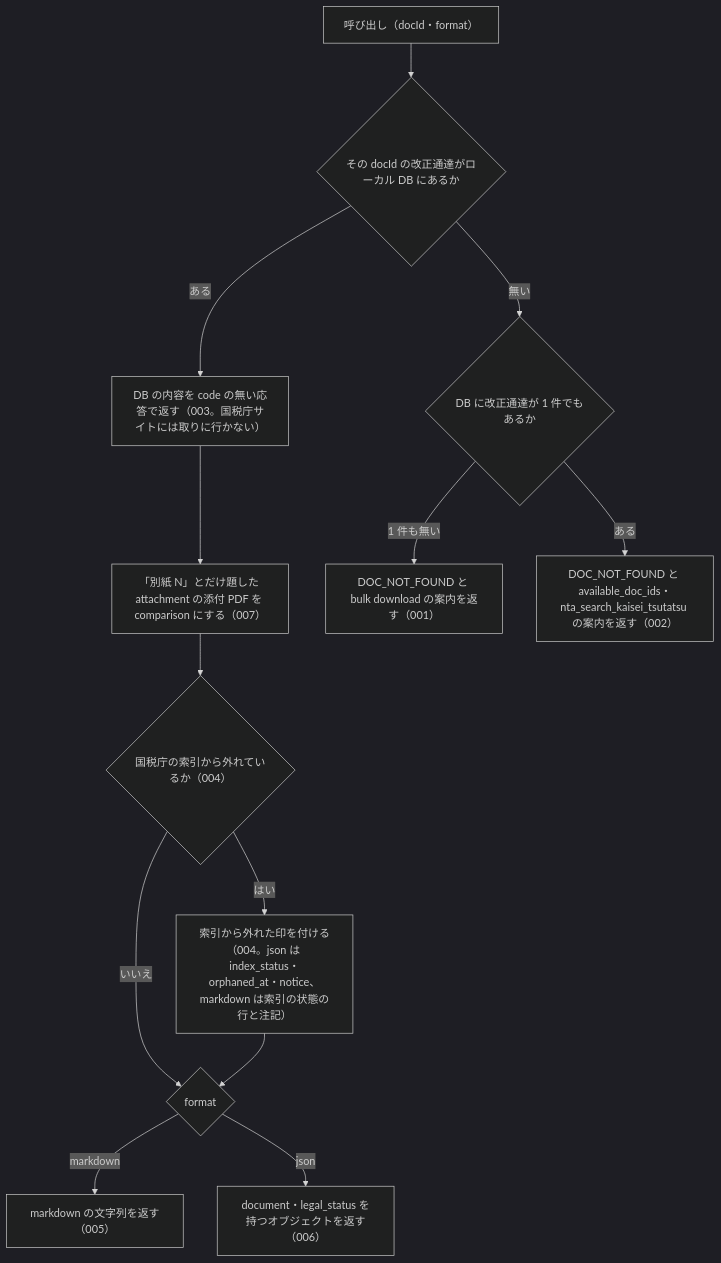
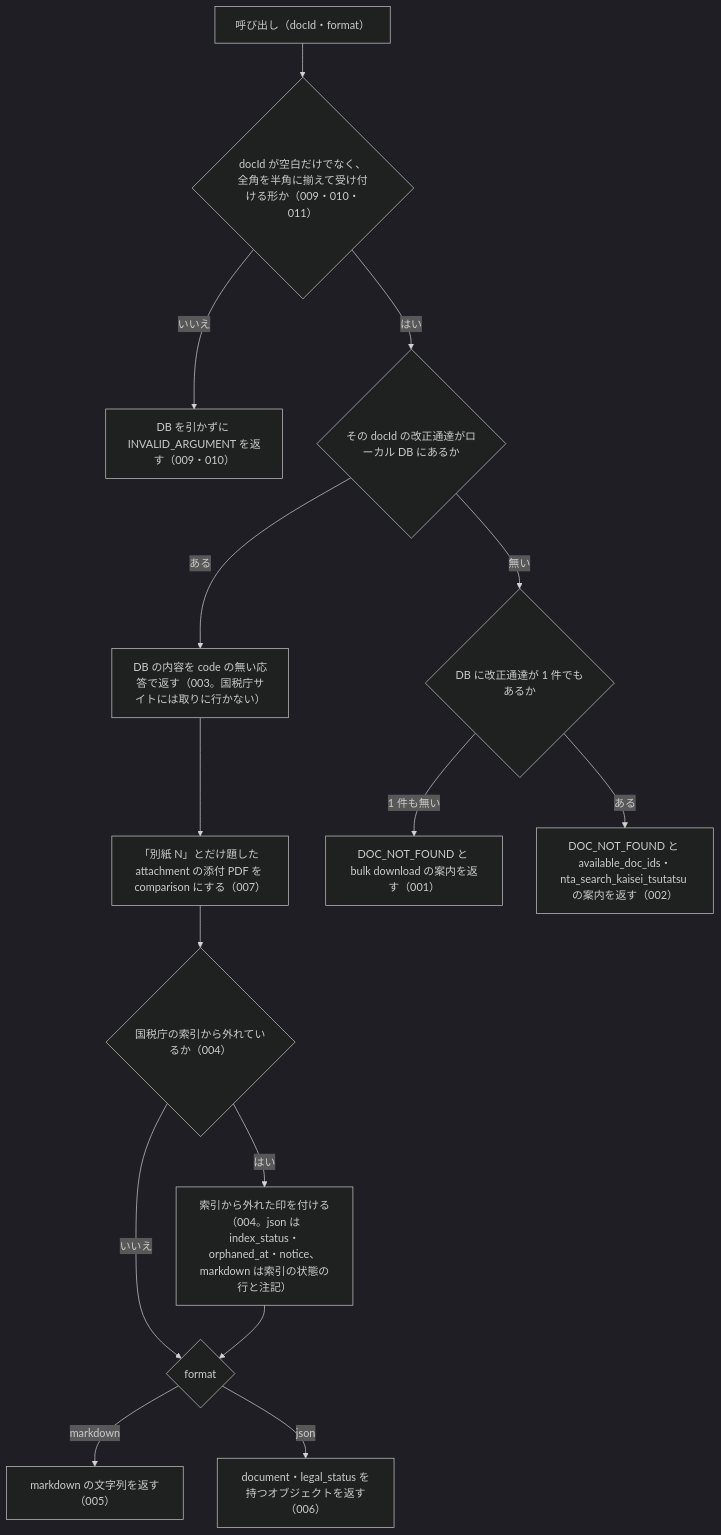
Before and after one commit to shuji-bonji/houki-nta-mcp: the diagram in specs/current/nta_get_kaisei_tsutatsu/spec.md, drawn with Mermaid (dark theme). The commit also changed 13 other files, not shown here.

````diff
--- a/specs/current/nta_get_kaisei_tsutatsu/spec.md
+++ b/specs/current/nta_get_kaisei_tsutatsu/spec.md
@@ -26,15 +26,17 @@
 ```mermaid
 flowchart TD
-  A["呼び出し（docId・format）"] --> B{"その docId の改正通達がローカル DB にあるか"}
+  A["呼び出し（docId・format）"] --> W{"docId が空白だけでなく、全角を半角に揃えて受け付ける形か（009・010・011）"}
+  W -- いいえ --> E0["DB を引かずに INVALID_ARGUMENT を返す（009・010）"]
+  W -- はい --> B{"その docId の改正通達がローカル DB にあるか"}
   B -- ある --> C["DB の内容を code の無い応答で返す（003。国税庁サイトには取りに行かない）"]
   C --> K["「別紙 N」とだけ題した attachment の添付 PDF を comparison にする（007）"]
   K --> F{"国税庁の索引から外れているか（004）"}
   F -- はい --> G["索引から外れた印を付ける（004。json は index_status・orphaned_at・notice、markdown は索引の状態の行と注記）"]
   F -- いいえ --> H{"format"}
   G --> H
   H -- markdown --> I["markdown の文字列を返す（005）"]
   H -- json --> J["document・legal_status を持つオブジェクトを返す（006）"]
   B -- 無い --> D{"DB に改正通達が 1 件でもあるか"}
   D -- 1 件も無い --> E1["DOC_NOT_FOUND と bulk download の案内を返す（001）"]
   D -- ある --> E2["DOC_NOT_FOUND と available_doc_ids・nta_search_kaisei_tsutatsu の案内を返す（002）"]
 ```
````
